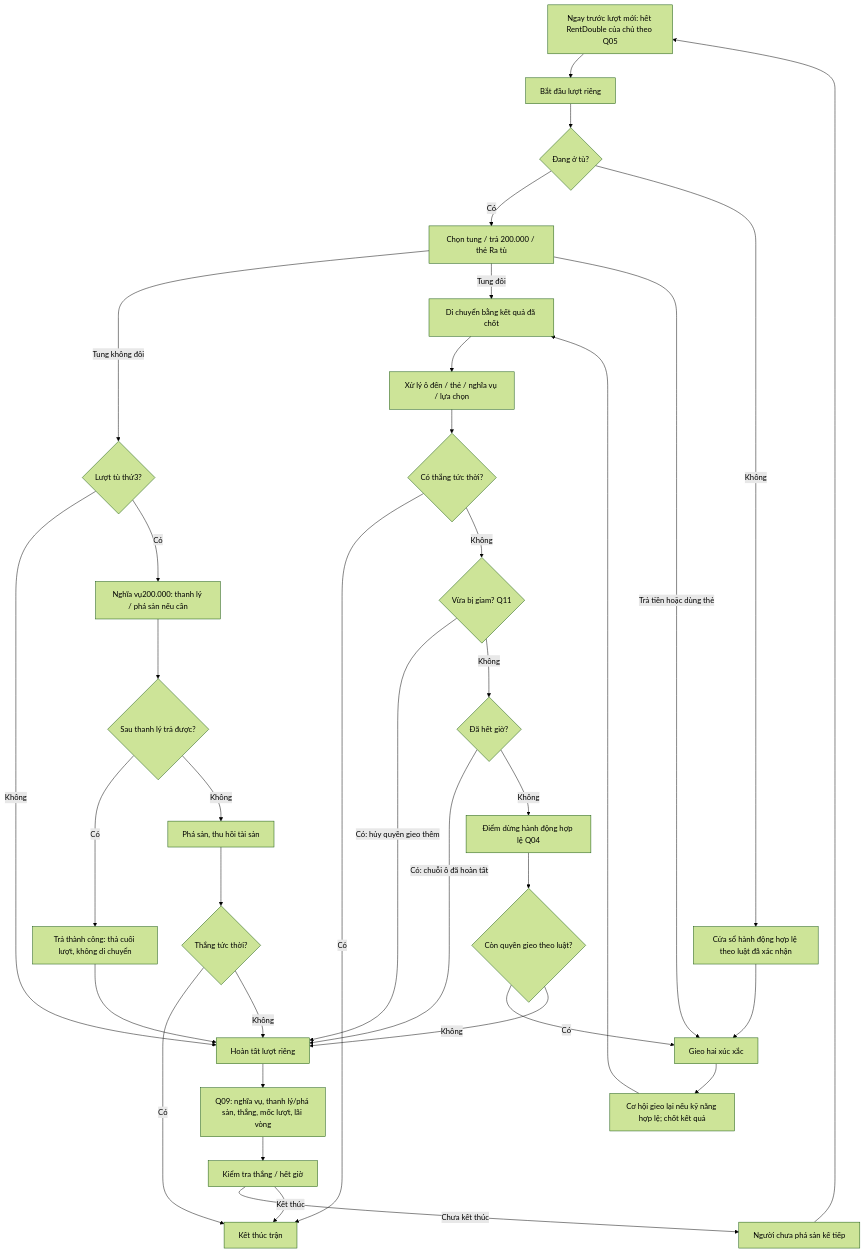
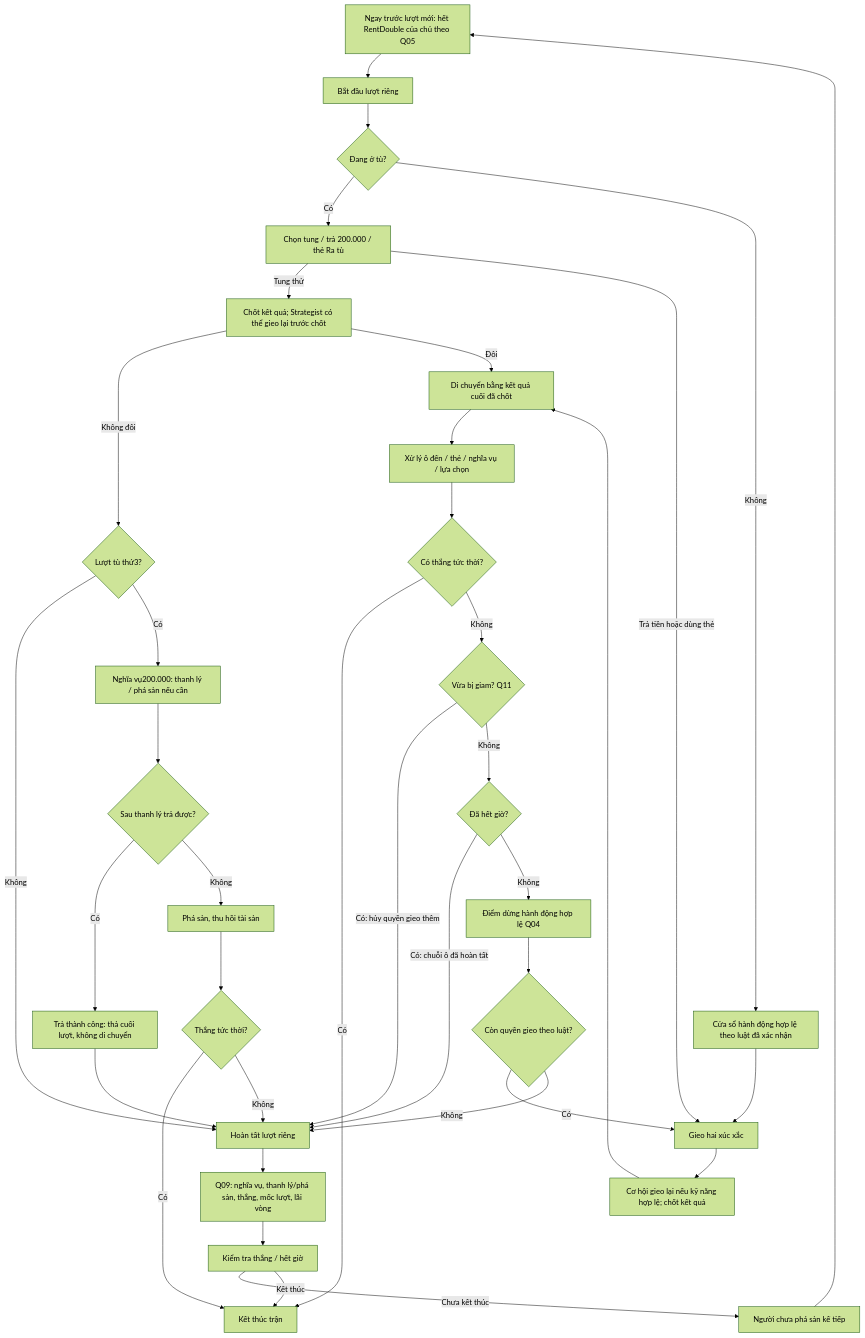
One commit to NguyenTienLoc135/BTL-Game changed the second of 2 diagrams in docs/ARCHITECTURE.md. Above: the diagram before and after it, drawn with Mermaid (forest theme). The commit also changed other lines of this file and 87 other files, not shown here.

```diff
--- a/docs/ARCHITECTURE.md
+++ b/docs/ARCHITECTURE.md
@@ -95,38 +95,39 @@
 ~~~mermaid
 flowchart TD
     Before["Ngay trước lượt mới: hết RentDouble của chủ theo Q05"] --> Start["Bắt đầu lượt riêng"]
     Start --> Jail{"Đang ở tù?"}
     Jail -->|Có| JailChoice["Chọn tung / trả 200.000 / thẻ Ra tù"]
-    JailChoice -->|Tung không đôi| Third{"Lượt tù thứ3?"}
+    JailChoice -->|Tung thử| Trial["Chốt kết quả; Strategist có thể gieo lại trước chốt"]
+    Trial -->|Không đôi| Third{"Lượt tù thứ3?"}
     Third -->|Không| End["Hoàn tất lượt riêng"]
     Third -->|Có| Fee["Nghĩa vụ200.000: thanh lý / phá sản nếu cần"]
     Fee --> Paid{"Sau thanh lý trả được?"}
     Paid -->|Có| Release["Trả thành công: thả cuối lượt, không di chuyển"]
     Paid -->|Không| Bankruptcy["Phá sản, thu hồi tài sản"]
     Bankruptcy --> JailWin{"Thắng tức thời?"}
     JailWin -->|Có| Result["Kết thúc trận"]
     JailWin -->|Không| End
     Release --> End
-    JailChoice -->|Tung đôi| Move["Di chuyển bằng kết quả đã chốt"]
+    Trial -->|Đôi| Move["Di chuyển bằng kết quả cuối đã chốt"]
     JailChoice -->|Trả tiền hoặc dùng thẻ| Roll["Gieo hai xúc xắc"]
     Jail -->|Không| Window["Cửa sổ hành động hợp lệ theo luật đã xác nhận"]
     Window --> Roll
     Roll --> Reroll["Cơ hội gieo lại nếu kỹ năng hợp lệ; chốt kết quả"]
     Reroll --> Move
     Move --> Landing["Xử lý ô đến / thẻ / nghĩa vụ / lựa chọn"]
     Landing --> Win{"Có thắng tức thời?"}
     Win -->|Có| Result["Kết thúc trận"]
     Win -->|Không| Arrest{"Vừa bị giam? Q11"}
     Arrest -->|Có: hủy quyền gieo thêm| End
     Arrest -->|Không| Expired{"Đã hết giờ?"}
     Expired -->|Có: chuỗi ô đã hoàn tất| End
     Expired -->|Không| Actions["Điểm dừng hành động hợp lệ Q04"]
     Actions --> Extra{"Còn quyền gieo theo luật?"}
     Extra -->|Có| Roll
     Extra -->|Không| End
     End --> Boundary["Q09: nghĩa vụ, thanh lý/phá sản, thắng, mốc lượt, lãi vòng"]
     Boundary --> Check["Kiểm tra thắng / hết giờ"]
     Check -->|Chưa kết thúc| Next["Người chưa phá sản kế tiếp"]
     Next --> Before
     Check -->|Kết thúc| Result
 ~~~
```
